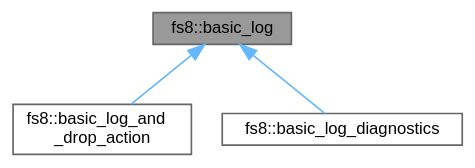
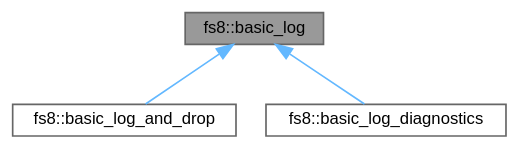
The diagram in api/structfs8_1_1basic__log__inherit__graph.dot (the-moisrex/foresight), drawn with Graphviz before and after one commit. The commit also changed 90 other files, not shown here.

```diff
--- a/api/structfs8_1_1basic__log__inherit__graph.dot
+++ b/api/structfs8_1_1basic__log__inherit__graph.dot
@@ -1,12 +1,12 @@
 digraph "fs8::basic_log"
 {
  // LATEX_PDF_SIZE
   bgcolor="transparent";
   edge [fontname=Helvetica,fontsize=10,labelfontname=Helvetica,labelfontsize=10];
   node [fontname=Helvetica,fontsize=10,shape=box,height=0.2,width=0.4];
   Node1 [id="Node000001",label="fs8::basic_log",height=0.2,width=0.4,color="gray40", fillcolor="grey60", style="filled", fontcolor="black",tooltip=" "];
   Node1 -> Node2 [id="edge1_Node000001_Node000002",dir="back",color="steelblue1",style="solid",tooltip=" "];
-  Node2 [id="Node000002",label="fs8::basic_log_and\l_drop_action",height=0.2,width=0.4,color="gray40", fillcolor="white", style="filled",URL="$structfs8_1_1basic__log__and__drop__action.html",tooltip="Drop-and-log callback: logs the event and returns drop_event."];
+  Node2 [id="Node000002",label="fs8::basic_log_and_drop",height=0.2,width=0.4,color="gray40", fillcolor="white", style="filled",URL="$structfs8_1_1basic__log__and__drop.html",tooltip="Drop-and-log callback: logs the event and returns drop_event."];
   Node1 -> Node3 [id="edge2_Node000001_Node000003",dir="back",color="steelblue1",style="solid",tooltip=" "];
   Node3 [id="Node000003",label="fs8::basic_log_diagnostics",height=0.2,width=0.4,color="gray40", fillcolor="white", style="filled",URL="$structfs8_1_1basic__log__diagnostics.html",tooltip=" "];
 }
```
